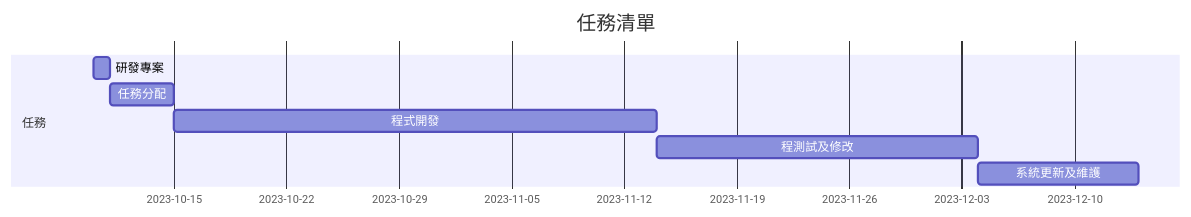
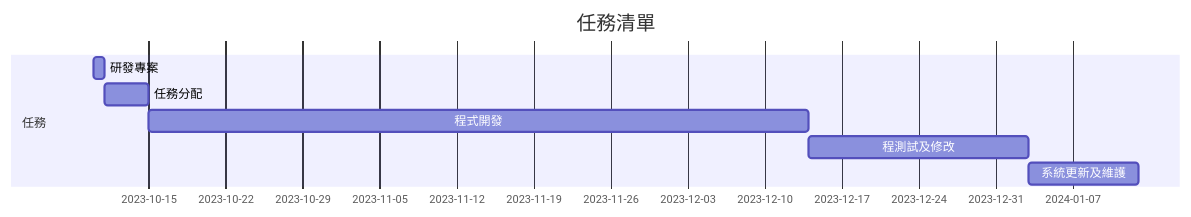
The diagram in README.md (LinBroChen/C110118157-), drawn with Mermaid before and after one commit.

````diff
--- a/README.md
+++ b/README.md
@@ -42,10 +42,10 @@
 ```mermaid
 gantt
     title 任務清單
     section 任務
     研發專案           :a1, 2023-10-10, 1d
     任務分配           :a2, after a1  , 4d
-    程式開發           :a3, after a2  , 30d
+    程式開發           :a3, after a2  , 60d
     程測試及修改           :a4, after a3  , 20d 
     系統更新及維護           :a5, after a4  , 10d
 ``` 
````
